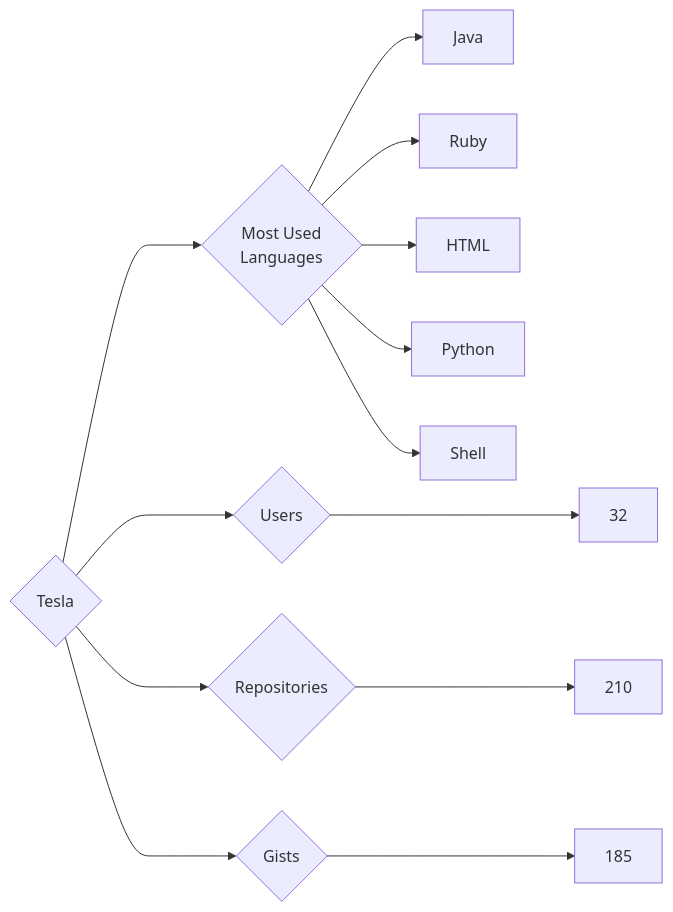
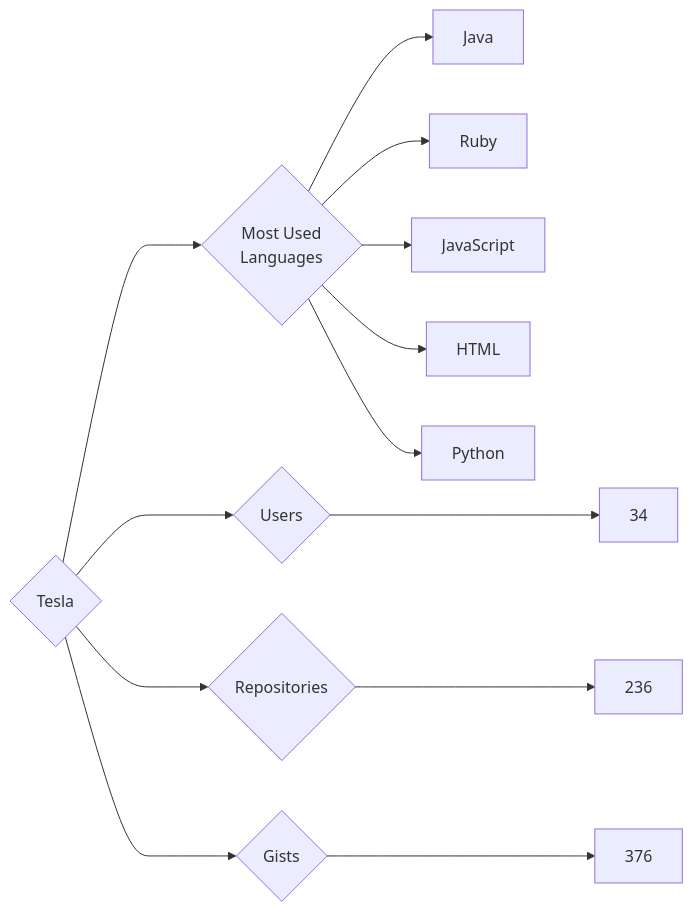
Before and after one commit to trickest/insiders: the diagram in targets/Tesla/README.md, drawn with Mermaid. The commit also changed 765 other files, not shown here.

````diff
--- a/targets/Tesla/README.md
+++ b/targets/Tesla/README.md
@@ -3,13 +3,13 @@
 ```mermaid
 graph LR
 COMPANY_NAME{Tesla}
-COMPANY_NAME ---> U{Users} ---> UN[32]
-COMPANY_NAME ---> R{Repositories} ---> RN[210]
-COMPANY_NAME ---> G{Gists} ---> GN[185]
+COMPANY_NAME ---> U{Users} ---> UN[34]
+COMPANY_NAME ---> R{Repositories} ---> RN[236]
+COMPANY_NAME ---> G{Gists} ---> GN[376]
 COMPANY_NAME ---> ML{Most Used<br>Languages}
 ML --> Java[Java]
 ML --> Ruby[Ruby]
+ML --> JavaScript[JavaScript]
 ML --> HTML[HTML]
 ML --> Python[Python]
-ML --> Shell[Shell]
 ```
````
